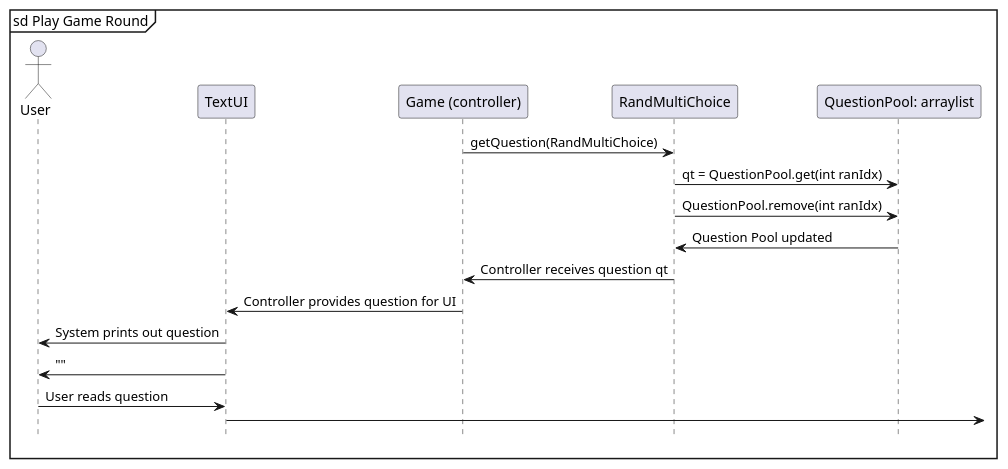
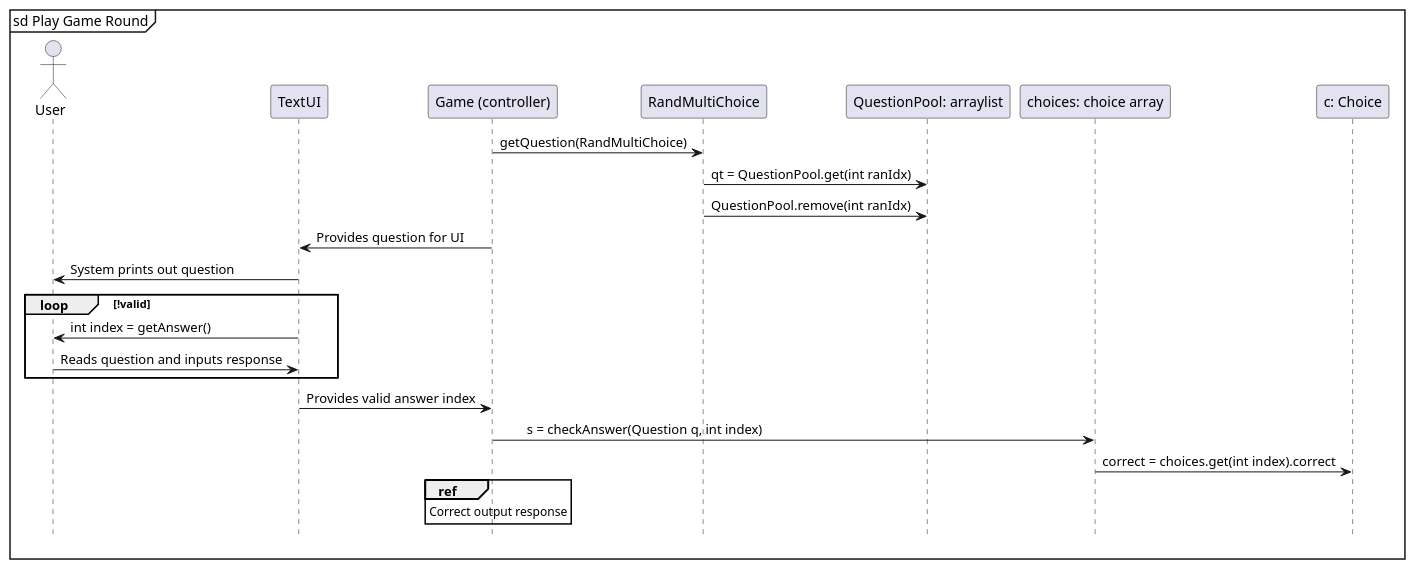
Before and after one commit to aczar09/Trivia-Game-Android: the fifth of 6 diagrams in doc/design.md, drawn with PlantUML. The commit also changed other lines of this file and 1 other file, not shown here.

Commit message:
More sequence diagram edits

````diff
--- a/doc/design.md
+++ b/doc/design.md
@@ -142,23 +142,33 @@
 ```plantuml
 @startuml
 hide footbox
 mainframe sd Play Game Round
 actor "User" as us 
 participant "TextUI" as tui 
 participant "Game (controller)" as clr
 participant RandMultiChoice as rmc
 participant "QuestionPool: arraylist" as qp
 
 clr -> rmc: getQuestion(RandMultiChoice)
 rmc -> qp: qt = QuestionPool.get(int ranIdx)
 rmc -> qp: QuestionPool.remove(int ranIdx)
-qp -> rmc: Question Pool updated
-rmc -> clr: Controller receives question qt
-clr -> tui: Controller provides question for UI
+
+clr -> tui: Provides question for UI
 tui -> us: System prints out question
-tui -> us: ""
-us -> tui: User reads question
-tui ->
+loop !valid
+tui -> us: int index = getAnswer()
+us -> tui: Reads question and inputs response
+end
+tui -> clr: Provides valid answer index
+participant "choices: choice array" as chc
+clr -> chc:\ts = checkAnswer(Question q, int index)
+participant "c: Choice" as cc 
+chc -> cc: correct = choices.get(int index).correct
+ref over clr
+Correct output response
+end ref
+
+
 
 @enduml
 ``` 
````
